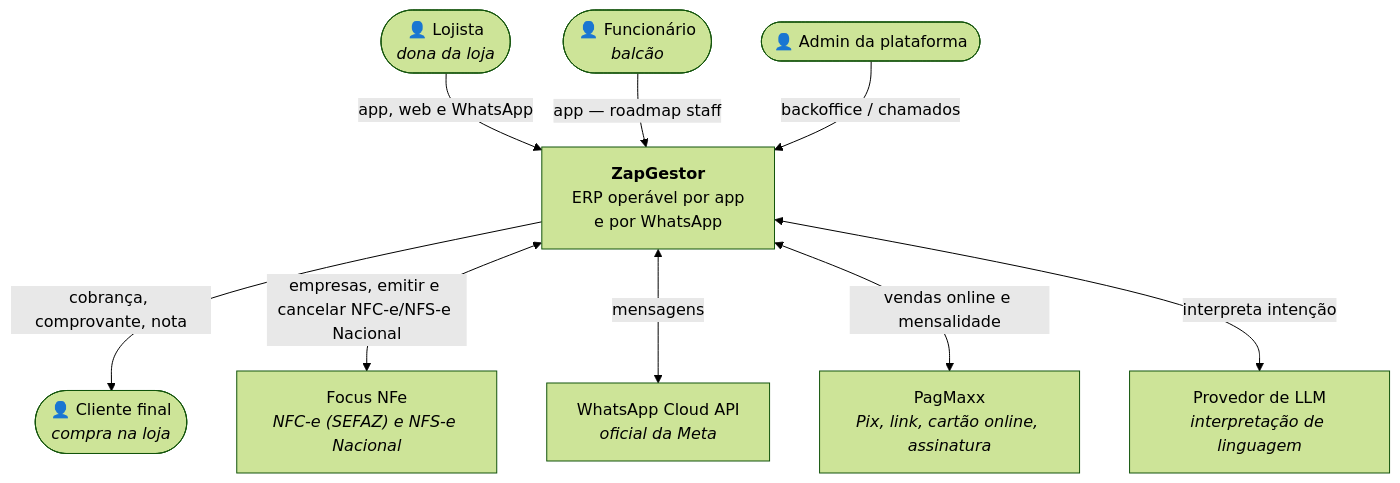
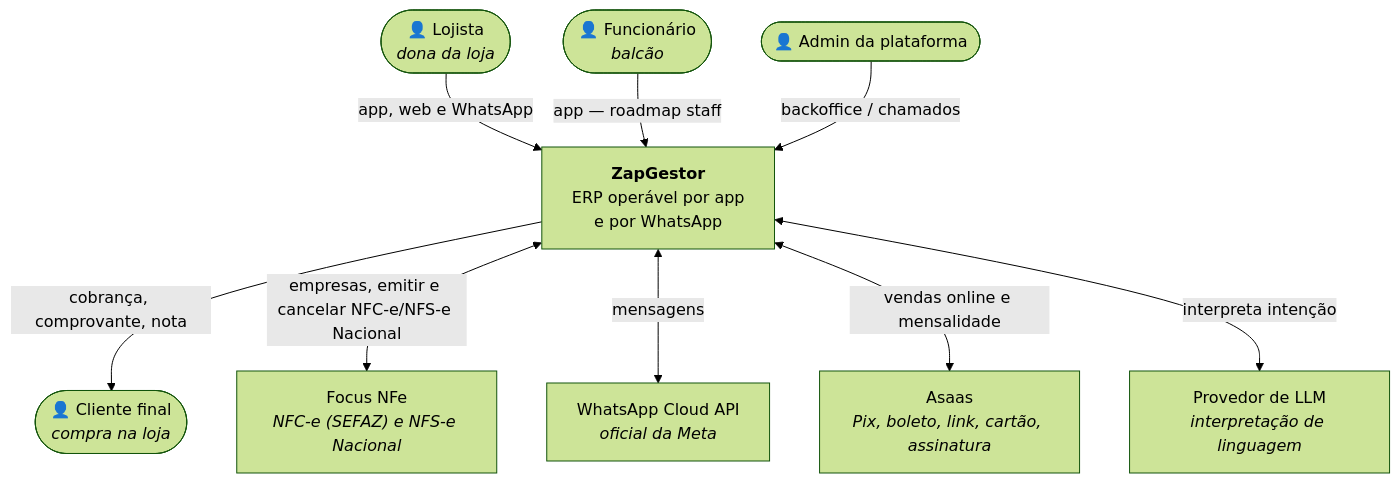
Before and after one commit to glevi2004/na-regua: the first of 3 diagrams in docs/arquitetura/visao-geral.md, drawn with Mermaid (forest theme). The commit also changed other lines of this file and 50 other files, not shown here.

First line of the commit message:
refactor(integrations): replace PagMaxx with Asaas integration

````diff
--- a/docs/arquitetura/visao-geral.md
+++ b/docs/arquitetura/visao-geral.md
@@ -17,24 +17,24 @@
 ```mermaid
 flowchart TB
     LOJISTA(["👤 Lojista<br/><i>dona da loja</i>"])
     FUNC(["👤 Funcionário<br/><i>balcão</i>"])
     CLIENTE(["👤 Cliente final<br/><i>compra na loja</i>"])
     ADMIN(["👤 Admin da plataforma"])
 
     SYS["<b>ZapGestor</b><br/>ERP operável por app<br/>e por WhatsApp"]
 
     FOCUS["Focus NFe<br/><i>NFC-e (SEFAZ) e NFS-e Nacional</i>"]
     META["WhatsApp Cloud API<br/><i>oficial da Meta</i>"]
-    PSP["PagMaxx<br/><i>Pix, link, cartão online, assinatura</i>"]
+    PSP["Asaas<br/><i>Pix, boleto, link, cartão, assinatura</i>"]
     LLM["Provedor de LLM<br/><i>interpretação de linguagem</i>"]
 
     LOJISTA -->|app, web e WhatsApp| SYS
     FUNC -->|app — roadmap staff| SYS
     ADMIN -->|backoffice / chamados| SYS
     SYS -->|cobrança, comprovante, nota| CLIENTE
 
     SYS <-->|empresas, emitir e cancelar NFC-e/NFS-e Nacional| FOCUS
     SYS <-->|mensagens| META
     SYS <-->|vendas online e mensalidade| PSP
     SYS <-->|interpreta intenção| LLM
 ```
````
